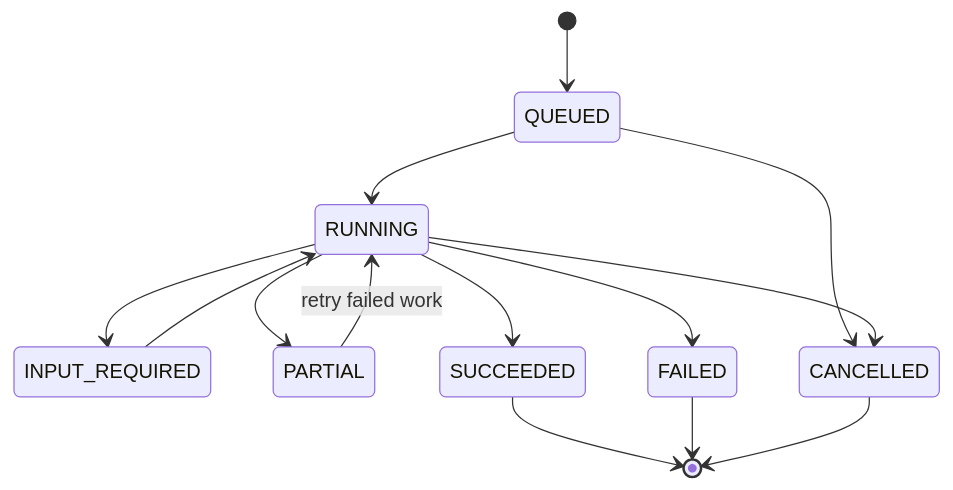
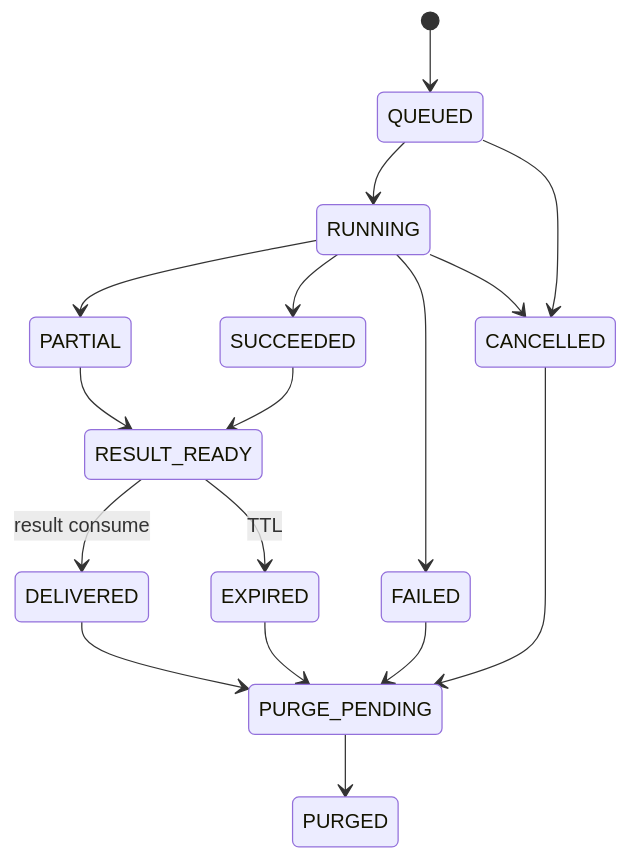
Before and after one commit to Kminer2053/public-sector-research-skill: the diagram in docs/PRD.md, drawn with Mermaid. The commit also changed other lines of this file and 10 other files, not shown here.

````diff
--- a/docs/PRD.md
+++ b/docs/PRD.md
@@ -391,16 +282,19 @@
 ```mermaid
 stateDiagram-v2
     [*] --> QUEUED
     QUEUED --> RUNNING
-    RUNNING --> INPUT_REQUIRED
-    INPUT_REQUIRED --> RUNNING
     RUNNING --> PARTIAL
     RUNNING --> SUCCEEDED
     RUNNING --> FAILED
     QUEUED --> CANCELLED
     RUNNING --> CANCELLED
-    PARTIAL --> RUNNING: retry failed work
-    SUCCEEDED --> [*]
-    FAILED --> [*]
-    CANCELLED --> [*]
+    PARTIAL --> RESULT_READY
+    SUCCEEDED --> RESULT_READY
+    RESULT_READY --> DELIVERED: result consume
+    RESULT_READY --> EXPIRED: TTL
+    FAILED --> PURGE_PENDING
+    CANCELLED --> PURGE_PENDING
+    DELIVERED --> PURGE_PENDING
+    EXPIRED --> PURGE_PENDING
+    PURGE_PENDING --> PURGED
 ```
````
